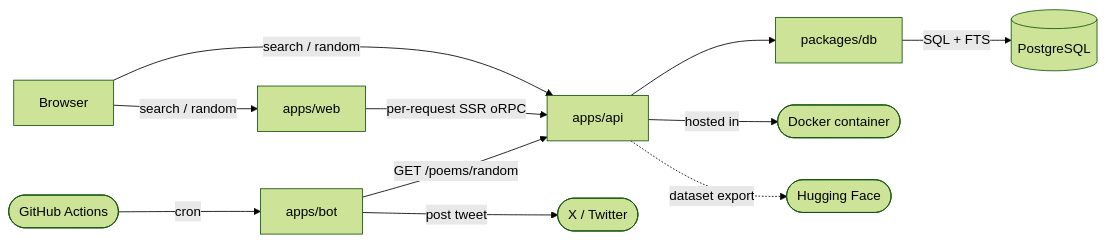
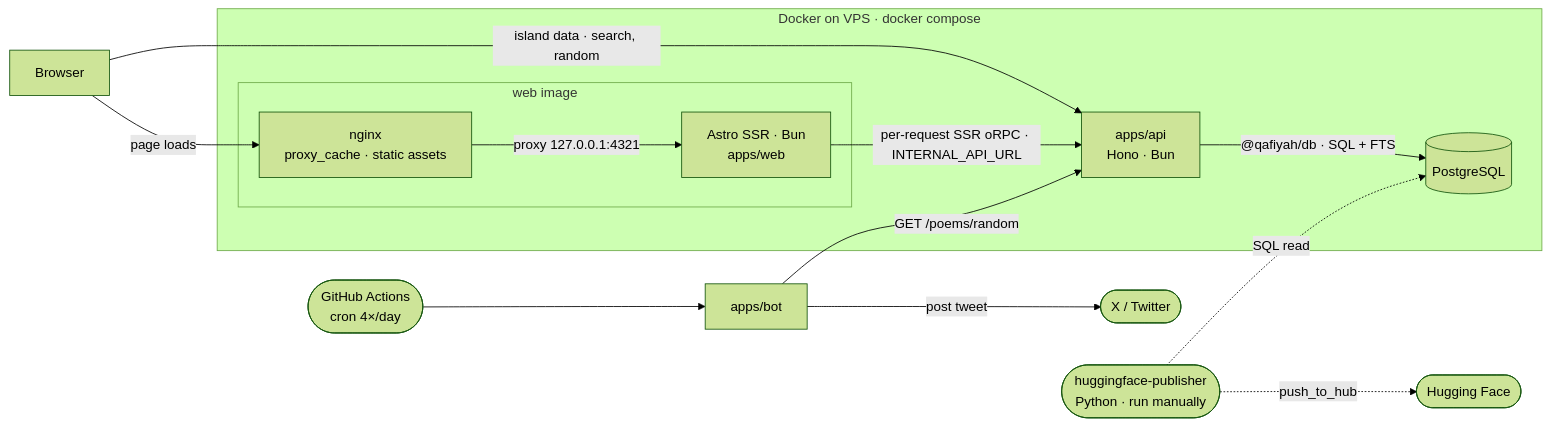
Before and after one commit to Klomgor/qafiyah: the second of 2 diagrams in README.md, drawn with Mermaid (forest theme). The commit also changed other lines of this file, not shown here.

Commit message:
docs(readme): fix runtime data-flow diagram
HF export reads Postgres via tools/huggingface-publisher, not the API;
redraw with a Docker-on-VPS subgraph.

````diff
--- a/README.md
+++ b/README.md
@@ -188,13 +188,29 @@
 ```mermaid
 graph LR
-  BROWSER["Browser"] -->|"search / random"| WEB["apps/web"]
-  BROWSER -->|"search / random"| API["apps/api"]
-  WEB -->|"per-request SSR oRPC"| API
-  API --> DB["packages/db"]
-  DB -->|"SQL + FTS"| PG[("PostgreSQL")]
-  API -->|"hosted in"| CF(["Docker container"])
-  GHA(["GitHub Actions"]) -->|"cron"| BOT["apps/bot"]
+  BROWSER["Browser"]
+  BOT["apps/bot"]
+  GHA(["GitHub Actions\ncron 4×/day"])
+  HFPUB(["huggingface-publisher\nPython · run manually"])
+  TW(["X / Twitter"])
+  HF(["Hugging Face"])
+
+  subgraph VPS["Docker on VPS · docker compose"]
+    subgraph WEBIMG["web image"]
+      NGINX["nginx\nproxy_cache · static assets"]
+      WEB["Astro SSR · Bun\napps/web"]
+    end
+    API["apps/api\nHono · Bun"]
+    PG[("PostgreSQL")]
+  end
+
+  BROWSER -->|"page loads"| NGINX
+  NGINX -->|"proxy 127.0.0.1:4321"| WEB
+  BROWSER -->|"island data · search, random"| API
+  WEB -->|"per-request SSR oRPC · INTERNAL_API_URL"| API
+  API -->|"@qafiyah/db · SQL + FTS"| PG
+  GHA --> BOT
   BOT -->|"GET /poems/random"| API
-  BOT -->|"post tweet"| TW(["X / Twitter"])
-  API -.->|"dataset export"| HF(["Hugging Face"])
+  BOT -->|"post tweet"| TW
+  HFPUB -.->|"SQL read"| PG
+  HFPUB -.->|"push_to_hub"| HF
 ```
````
